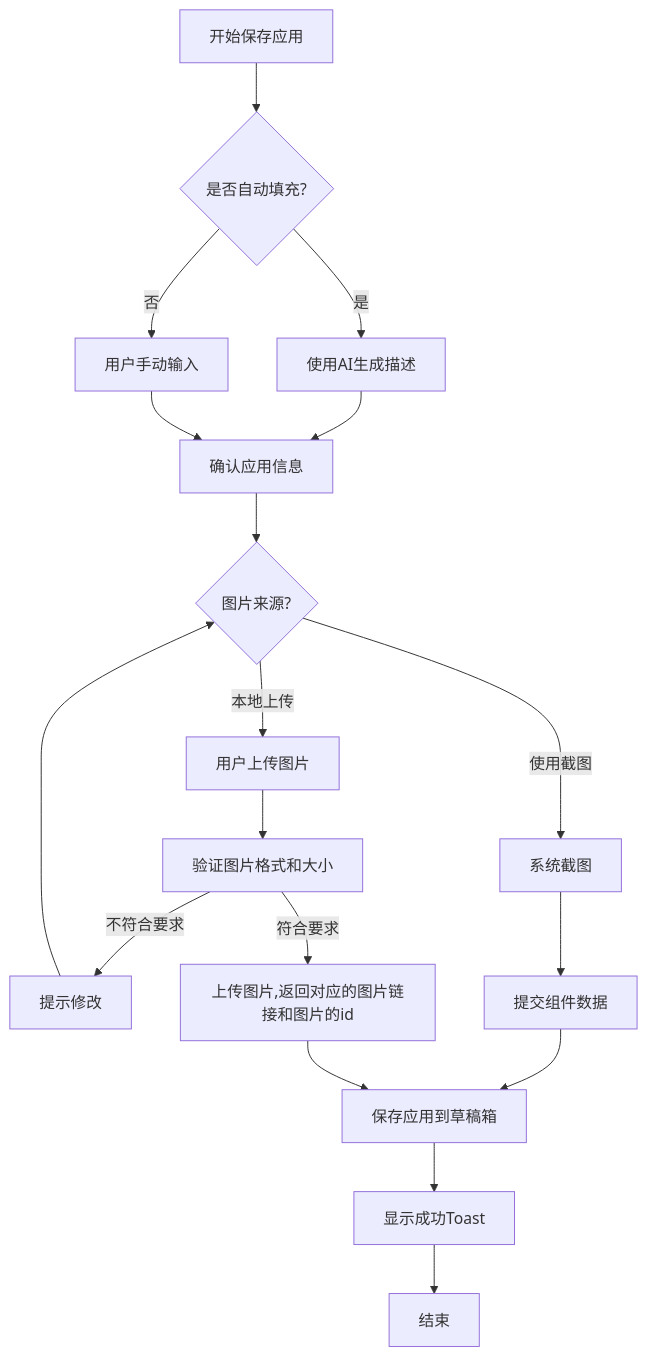
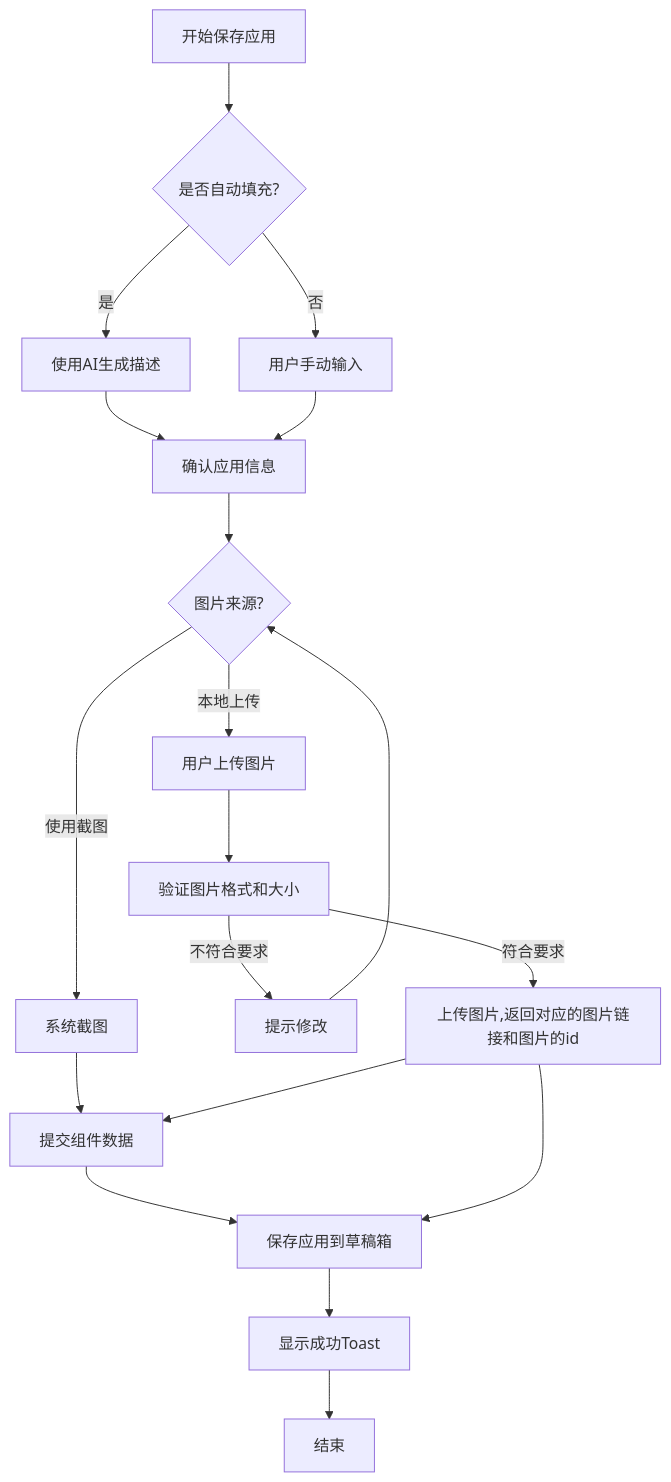
Before and after one commit to yingjianzh/iodraw-files: the diagram in all/未命名-66.md, drawn with Mermaid.

Commit message:
2025-05-27 11:23:04 update

````diff
--- a/all/未命名-66.md
+++ b/all/未命名-66.md
@@ -1,23 +1,23 @@
 ```mermaid
 flowchart TD
     A[开始保存应用] --> B{是否自动填充?}
     B -->|是| C[使用AI生成描述]
     B -->|否| D[用户手动输入]
     C --> E[确认应用信息]
     D --> E
     E --> F{图片来源?}
     F -->|使用截图| G[系统截图]
     F -->|本地上传| H[用户上传图片]
     H --> I[验证图片格式和大小]
     I -->|不符合要求| J[提示修改]
     J --> F
     I -->|符合要求| K1[上传图片,返回对应的图片链接和图片的id]
 
- K1
     G --> N[提交组件数据]
+    K1 --> N
 
     N --> K[保存应用到草稿箱]
     K1 --> K
     K --> L[显示成功Toast]
     L --> M[结束]
 ```
````
